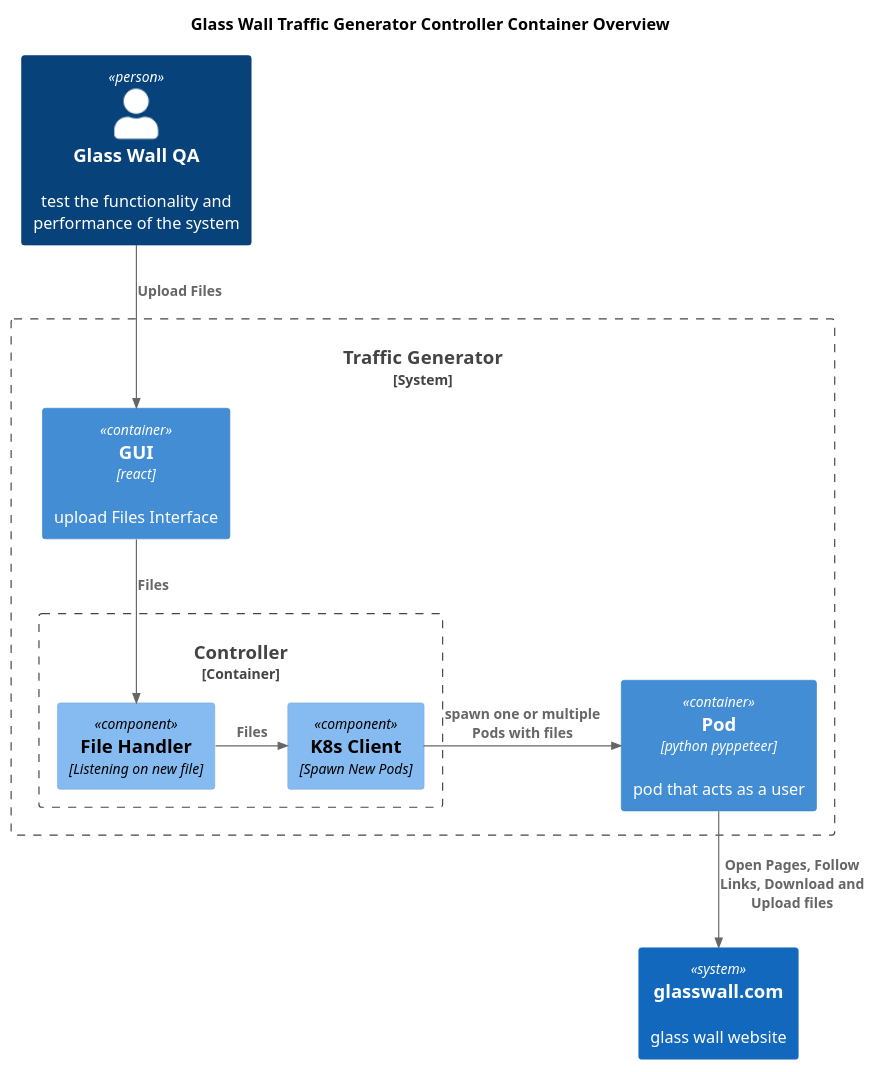
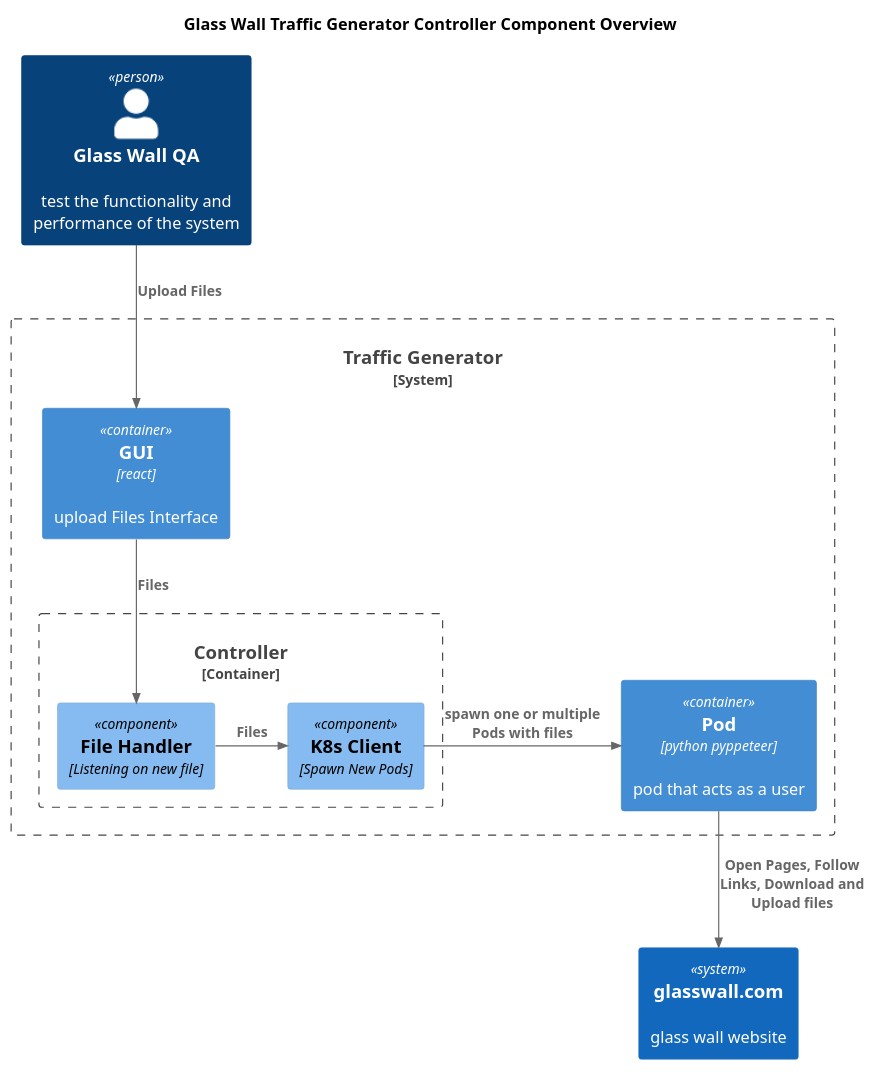
The diagram in upwork-devs/a-khaledf/controller_component.puml (pranaysahith/k8-traffic-generator), drawn with PlantUML before and after one commit. The commit also changed 3 other files, not shown here.

```diff
--- a/upwork-devs/a-khaledf/controller_component.puml
+++ b/upwork-devs/a-khaledf/controller_component.puml
@@ -1,26 +1,26 @@
 @startuml
 !include <c4/C4_Component.puml>  
 
-title Glass Wall Traffic Generator Controller Container Overview
+title Glass Wall Traffic Generator Controller Component Overview
 
 Person(tester, "Glass Wall QA", "test the functionality and performance of the system")
 
 System_Boundary(c0, "Traffic Generator") {
     Container(gui, "GUI", "react", "upload Files Interface")
     Container(user_pod, Pod, "python pyppeteer", "pod that acts as a user")
 
     Container_Boundary(c1, "Controller") {
         Component(file_handler, "File Handler", "Listening on new file")
         Component(kubernetes_client, "K8s Client", "Spawn New Pods")
     }
 }
 
 System(website, "glasswall.com", "glass wall website")
 
 Rel(tester, gui, "Upload Files")
 Rel(gui, file_handler, "Files")
 Rel_Right(file_handler, kubernetes_client, "Files")
 Rel(user_pod, website, "Open Pages, Follow Links, Download and Upload files")
 Rel_Right(kubernetes_client, user_pod, "spawn one or multiple Pods with files")
 
 @enduml
```
